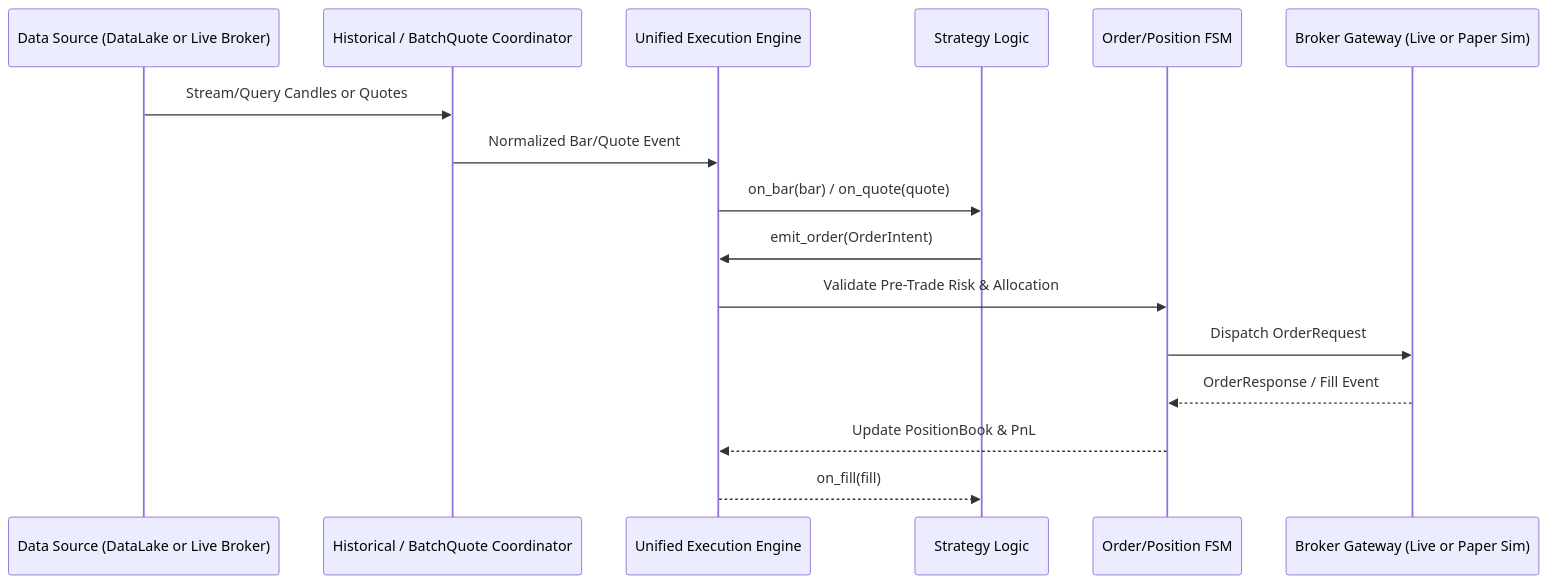
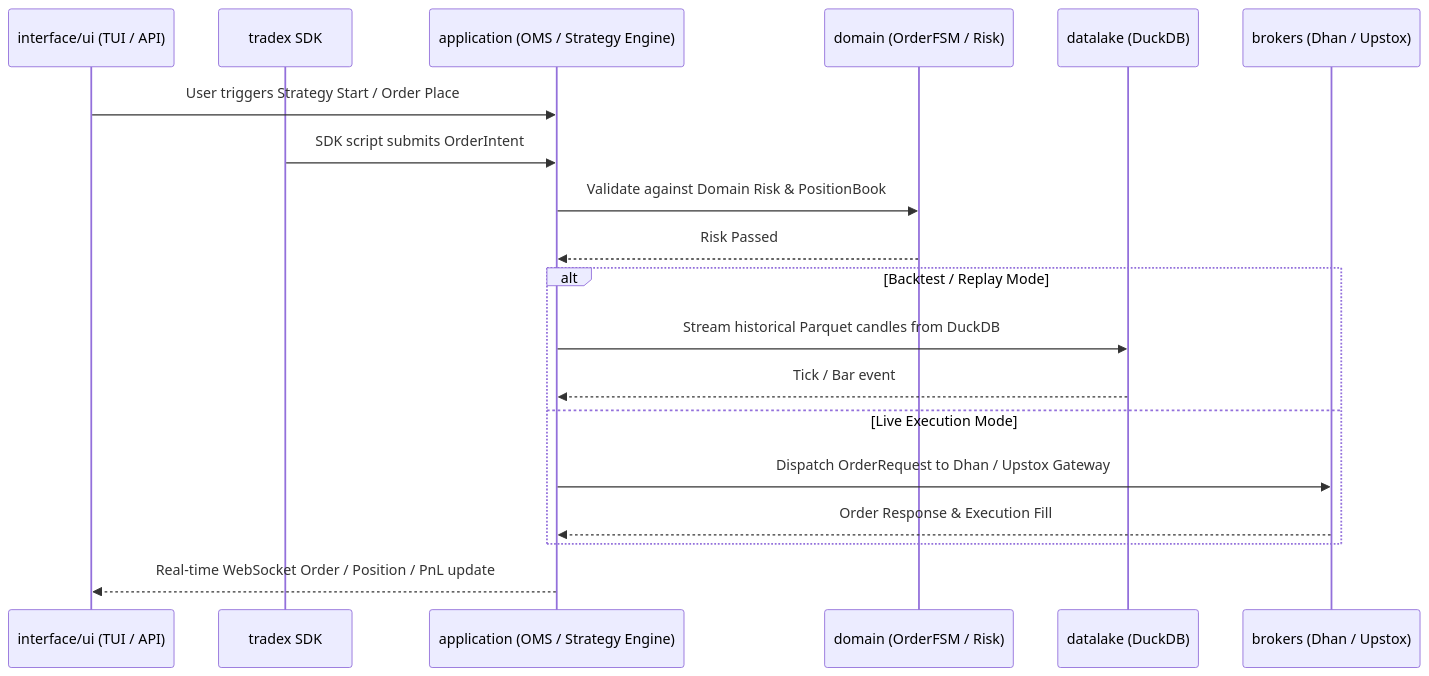
Before and after one commit to Ganesh-Kusundal/trade_xv2: the second of 2 diagrams in docs/superpowers/specs/2026-07-22-production-platform-design.md, drawn with Mermaid. The commit also changed other lines of this file, not shown here.

Commit message:
docs(superpowers): expand design spec to cover full 11-module architecture

````diff
--- a/docs/superpowers/specs/2026-07-22-production-platform-design.md
+++ b/docs/superpowers/specs/2026-07-22-production-platform-design.md
@@ -84,19 +168,22 @@
 ```mermaid
 sequenceDiagram
-    participant Source as Data Source (DataLake or Live Broker)
-    participant Coord as Historical / BatchQuote Coordinator
-    participant Engine as Unified Execution Engine
-    participant Strat as Strategy Logic
-    participant FSM as Order/Position FSM
-    participant Gateway as Broker Gateway (Live or Paper Sim)
+    participant UI as interface/ui (TUI / API)
+    participant Tradex as tradex SDK
+    participant App as application (OMS / Strategy Engine)
+    participant Dom as domain (OrderFSM / Risk)
+    participant DL as datalake (DuckDB)
+    participant Brk as brokers (Dhan / Upstox)
 
-    Source->>Coord: Stream/Query Candles or Quotes
-    Coord->>Engine: Normalized Bar/Quote Event
-    Engine->>Strat: on_bar(bar) / on_quote(quote)
-    Strat->>Engine: emit_order(OrderIntent)
-    Engine->>FSM: Validate Pre-Trade Risk & Allocation
-    FSM->>Gateway: Dispatch OrderRequest
-    Gateway-->>FSM: OrderResponse / Fill Event
-    FSM-->>Engine: Update PositionBook & PnL
-    Engine-->>Strat: on_fill(fill)
+    UI->>App: User triggers Strategy Start / Order Place
+    Tradex->>App: SDK script submits OrderIntent
+    App->>Dom: Validate against Domain Risk & PositionBook
+    Dom-->>App: Risk Passed
+    alt Backtest / Replay Mode
+        App->>DL: Stream historical Parquet candles from DuckDB
+        DL-->>App: Tick / Bar event
+    else Live Execution Mode
+        App->>Brk: Dispatch OrderRequest to Dhan / Upstox Gateway
+        Brk-->>App: Order Response & Execution Fill
+    end
+    App-->>UI: Real-time WebSocket Order / Position / PnL update
 ```
````
